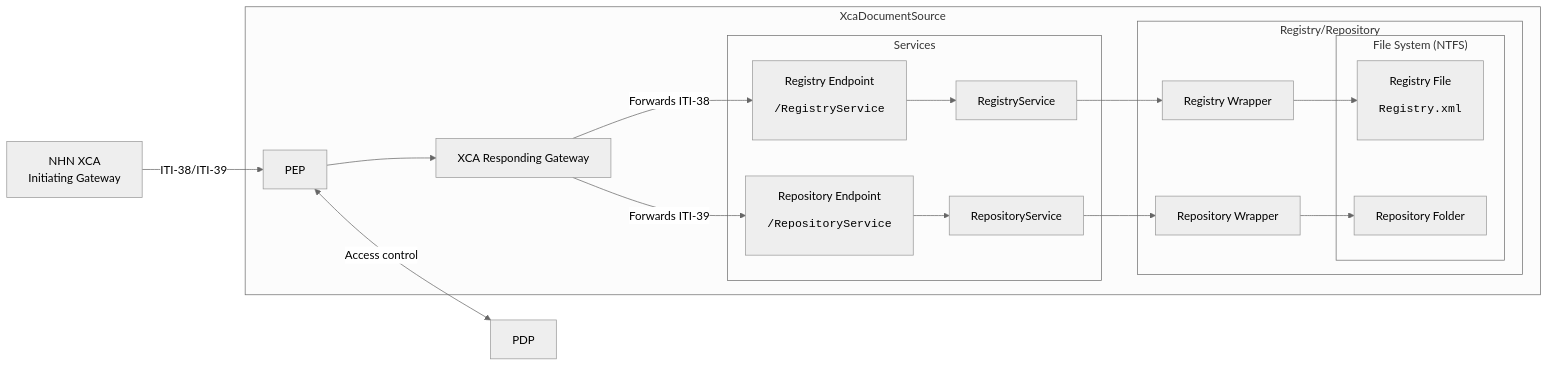
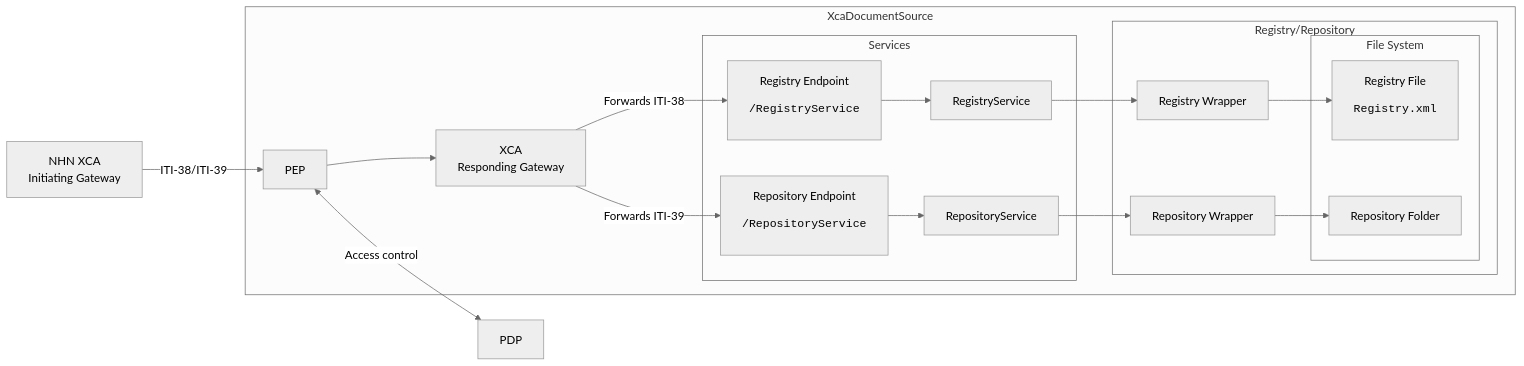
One commit to timmo-nhn/XcaDocumentSource changed the first of 2 diagrams in Docs/TechnicalImplementation.md. Above: the diagram before and after it, drawn with Mermaid (neutral theme). The commit also changed other lines of this file and 14 other files, not shown here.

````diff
--- a/Docs/TechnicalImplementation.md
+++ b/Docs/TechnicalImplementation.md
@@ -22,42 +22,42 @@
 ```mermaid
 flowchart LR
 
 nhnxca[NHN XCA <br> Initiating Gateway]
 
 subgraph "XcaDocumentSource"
     pep[PEP]
-    xcares[XCA Responding Gateway]
+    xcares[XCA <br> Responding Gateway]
 
     subgraph "Services"
         regep[Registry Endpoint<br><pre>/RegistryService</pre>]
         repep[Repository Endpoint<br><pre>/RepositoryService</pre>]
         regs[RegistryService]
         reps[RepositoryService]
     end
 
     subgraph "Registry/Repository"
         regw[Registry Wrapper]
         repw[Repository Wrapper]
-        subgraph "File System (NTFS)"
+        subgraph "File System"
             regfile[Registry File<br><pre>Registry.xml</pre>]
             repfol[Repository Folder]
         end
     end
 end
 nhnxca--ITI-38/ITI-39-->pep
 
 pep-->xcares
 pep<--Access control-->PDP
 
 xcares --Forwards ITI-38--> regep
 xcares --Forwards ITI-39--> repep
 
 regep --> regs
 repep --> reps
 
 regs --> regw
 reps --> repw
 
 regw-->regfile
 repw-->repfol
 ```
````
